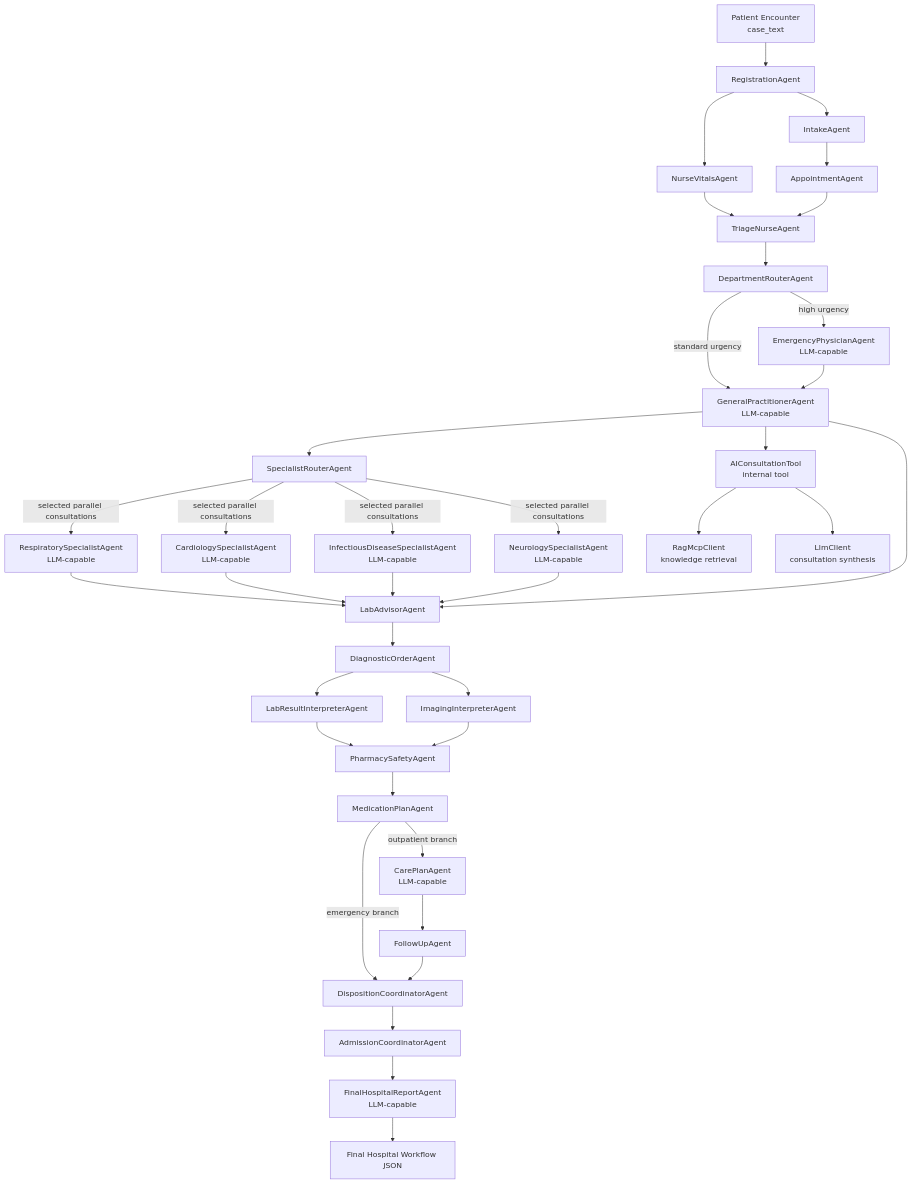
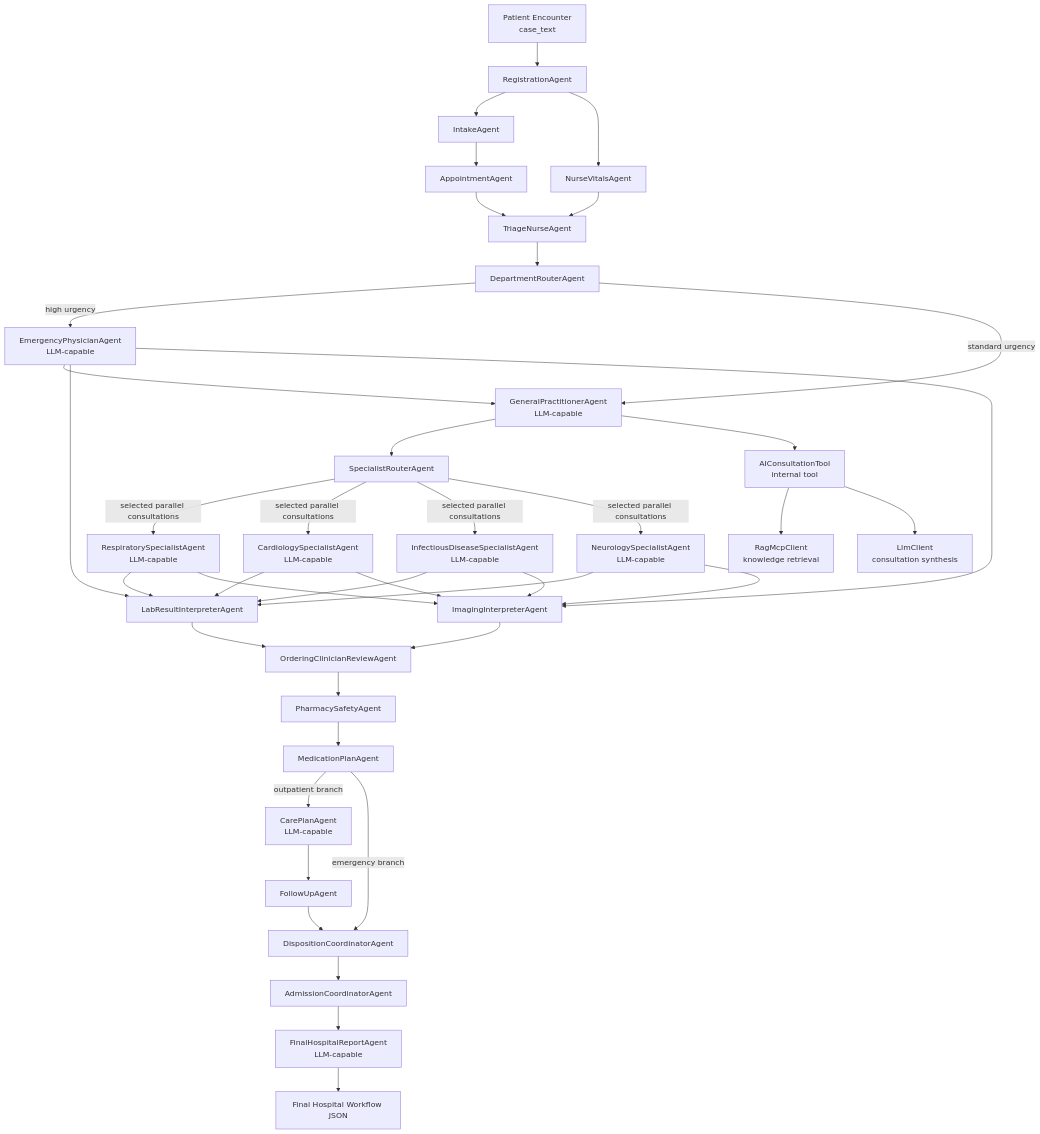
One commit to whytomato/healthcare changed the second of 2 diagrams in README.md. Above: the diagram before and after it, drawn with Mermaid. The commit also changed other lines of this file and 124 other files, not shown here.

````diff
--- a/README.md
+++ b/README.md
@@ -44,43 +45,46 @@
 ```mermaid
 flowchart TD
     A[Patient Encounter<br/>case_text] --> Registration[RegistrationAgent]
     Registration --> Intake[IntakeAgent]
     Registration --> Vitals[NurseVitalsAgent]
     Intake --> Appointment[AppointmentAgent]
     Vitals --> Triage[TriageNurseAgent]
     Appointment --> Triage
     Triage --> Department[DepartmentRouterAgent]
     Department -->|high urgency| Emergency[EmergencyPhysicianAgent<br/>LLM-capable]
     Department -->|standard urgency| GP[GeneralPractitionerAgent<br/>LLM-capable]
     Emergency --> GP
     GP --> Router[SpecialistRouterAgent]
 
     Router -->|selected parallel consultations| Respiratory[RespiratorySpecialistAgent<br/>LLM-capable]
     Router -->|selected parallel consultations| Cardiology[CardiologySpecialistAgent<br/>LLM-capable]
     Router -->|selected parallel consultations| Infection[InfectiousDiseaseSpecialistAgent<br/>LLM-capable]
     Router -->|selected parallel consultations| Neurology[NeurologySpecialistAgent<br/>LLM-capable]
 
     GP --> AIConsultTool[AIConsultationTool<br/>internal tool]
     AIConsultTool --> RagTool[RagMcpClient<br/>knowledge retrieval]
     AIConsultTool --> LlmTool[LlmClient<br/>consultation synthesis]
 
-    Respiratory --> Lab[LabAdvisorAgent]
-    Cardiology --> Lab
-    Infection --> Lab
-    Neurology --> Lab
-    GP --> Lab
-    Lab --> Orders[DiagnosticOrderAgent]
-    Orders --> LabInterpret[LabResultInterpreterAgent]
-    Orders --> Imaging[ImagingInterpreterAgent]
+    Emergency --> LabInterpret[LabResultInterpreterAgent]
+    Emergency --> Imaging[ImagingInterpreterAgent]
+    Respiratory --> LabInterpret
+    Respiratory --> Imaging
+    Cardiology --> LabInterpret
+    Cardiology --> Imaging
+    Infection --> LabInterpret
+    Infection --> Imaging
+    Neurology --> LabInterpret
+    Neurology --> Imaging
 
-    LabInterpret --> Pharmacy[PharmacySafetyAgent]
-    Imaging --> Pharmacy
+    LabInterpret --> Review[OrderingClinicianReviewAgent]
+    Imaging --> Review
+    Review --> Pharmacy[PharmacySafetyAgent]
     Pharmacy --> Medication[MedicationPlanAgent]
     Medication -->|outpatient branch| Care[CarePlanAgent<br/>LLM-capable]
     Care --> Follow[FollowUpAgent]
     Medication -->|emergency branch| Disposition[DispositionCoordinatorAgent]
     Follow --> Disposition
     Disposition --> Admission[AdmissionCoordinatorAgent]
     Admission --> Report[FinalHospitalReportAgent<br/>LLM-capable]
     Report --> Output[Final Hospital Workflow JSON]
 ```
````
